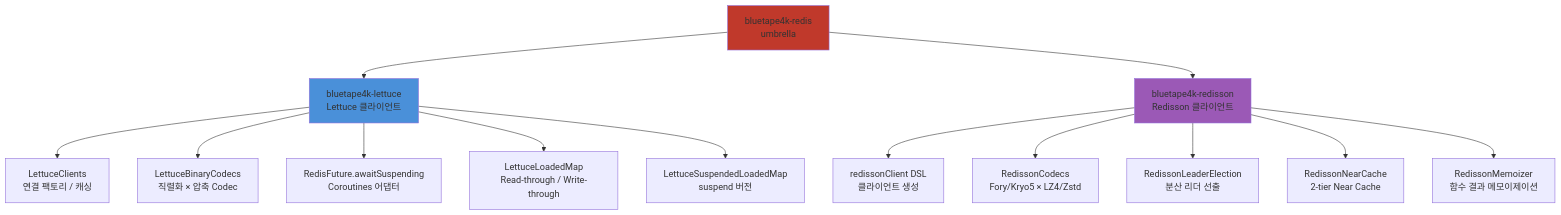
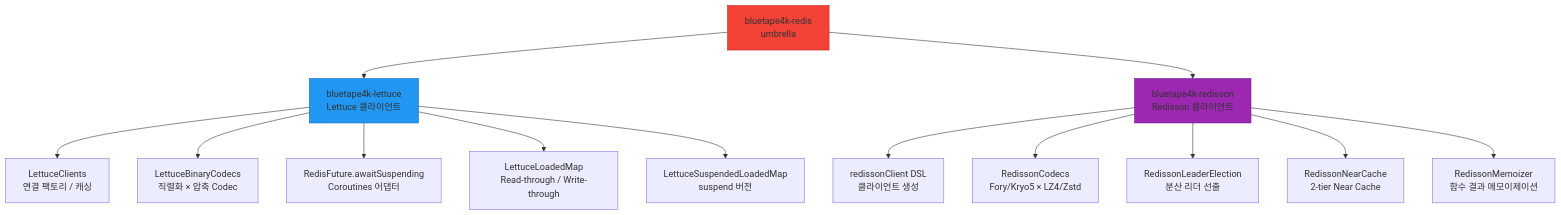
Before and after one commit to bluetape4k/bluetape4k-projects: the first of 2 diagrams in infra/redis/README.md, drawn with Mermaid. The commit also changed 28 other files, not shown here.

First line of the commit message:
docs: 전체 모듈 README 색상 Mermaid UML 다이어그램 추가 완료

````diff
--- a/infra/redis/README.md
+++ b/infra/redis/README.md
@@ -109,21 +109,21 @@
 ```mermaid
 flowchart TD
     A[bluetape4k-redis<br/>umbrella] --> B[bluetape4k-lettuce<br/>Lettuce 클라이언트]
     A --> C[bluetape4k-redisson<br/>Redisson 클라이언트]
 
     B --> B1[LettuceClients<br/>연결 팩토리 / 캐싱]
     B --> B2[LettuceBinaryCodecs<br/>직렬화 × 압축 Codec]
     B --> B3[RedisFuture.awaitSuspending<br/>Coroutines 어댑터]
     B --> B4[LettuceLoadedMap<br/>Read-through / Write-through]
     B --> B5[LettuceSuspendedLoadedMap<br/>suspend 버전]
 
     C --> C1[redissonClient DSL<br/>클라이언트 생성]
     C --> C2[RedissonCodecs<br/>Fory/Kryo5 × LZ4/Zstd]
     C --> C3[RedissonLeaderElection<br/>분산 리더 선출]
     C --> C4[RedissonNearCache<br/>2-tier Near Cache]
     C --> C5[RedissonMemoizer<br/>함수 결과 메모이제이션]
 
-    style A fill:#c0392b
-    style B fill:#4a90d9
-    style C fill:#9b59b6
+    style A fill:#F44336,stroke:#B71C1C
+    style B fill:#2196F3,stroke:#1565C0
+    style C fill:#9C27B0,stroke:#6A1B9A
 ```
````
